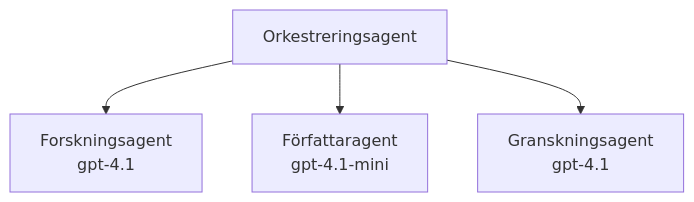
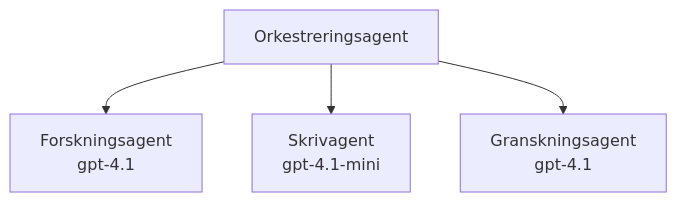
Before and after one commit to microsoft/AZD-for-beginners: the third of 3 diagrams in translations/sv/docs/chapter-02-ai-development/agents.md, drawn with Mermaid. The commit also changed other lines of this file and 101 other files, not shown here.

````diff
--- a/translations/sv/docs/chapter-02-ai-development/agents.md
+++ b/translations/sv/docs/chapter-02-ai-development/agents.md
@@ -189,6 +194,6 @@
 ```mermaid
 graph TD
     Orchestrator[Orkestreringsagent] --> Research[Forskningsagent<br/>gpt-4.1]
-    Orchestrator --> Writer[Författaragent<br/>gpt-4.1-mini]
+    Orchestrator --> Writer[Skrivagent<br/>gpt-4.1-mini]
     Orchestrator --> Reviewer[Granskningsagent<br/>gpt-4.1]
 ```
````
